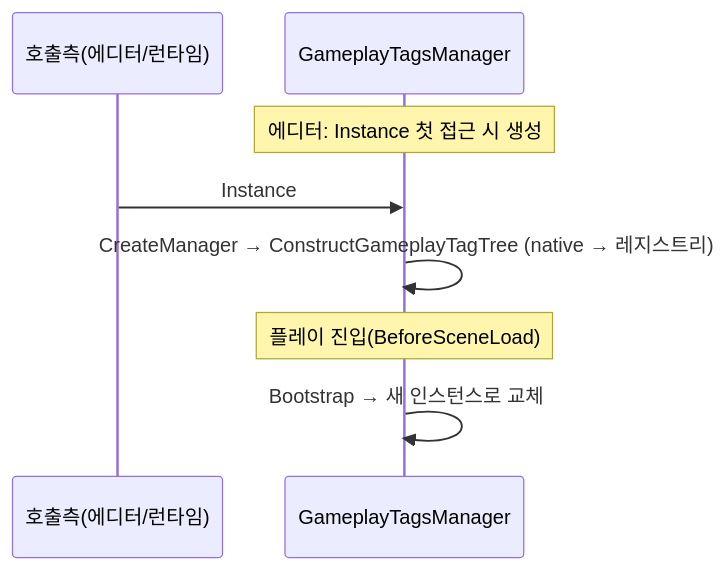
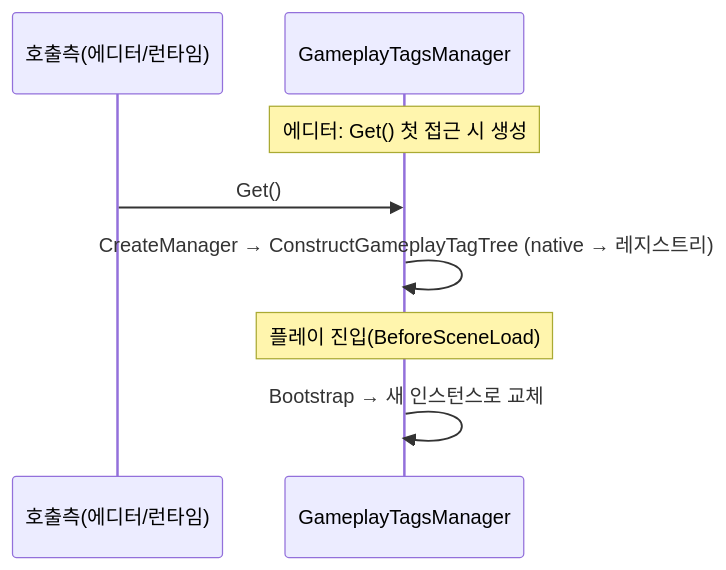
The fourth of 4 diagrams in dev-docs/project/architecture/ability-system/gameplay-tag.md (hanaaple/AbilitySystem-For-Unity), drawn with Mermaid before and after one commit. The commit also changed other lines of this file and 9 other files, not shown here.

First line of the commit message:
docs(architecture): ability-system 문서를 코드에 맞춤

````diff
--- a/dev-docs/project/architecture/ability-system/gameplay-tag.md
+++ b/dev-docs/project/architecture/ability-system/gameplay-tag.md
@@ -177,10 +174,10 @@
 ```mermaid
 sequenceDiagram
     participant Any as 호출측(에디터/런타임)
     participant M as GameplayTagsManager
-    Note over M: 에디터: Instance 첫 접근 시 생성
-    Any->>M: Instance
+    Note over M: 에디터: Get() 첫 접근 시 생성
+    Any->>M: Get()
     M->>M: CreateManager → ConstructGameplayTagTree (native → 레지스트리)
     Note over M: 플레이 진입(BeforeSceneLoad)
     M->>M: Bootstrap → 새 인스턴스로 교체
 ```
````
